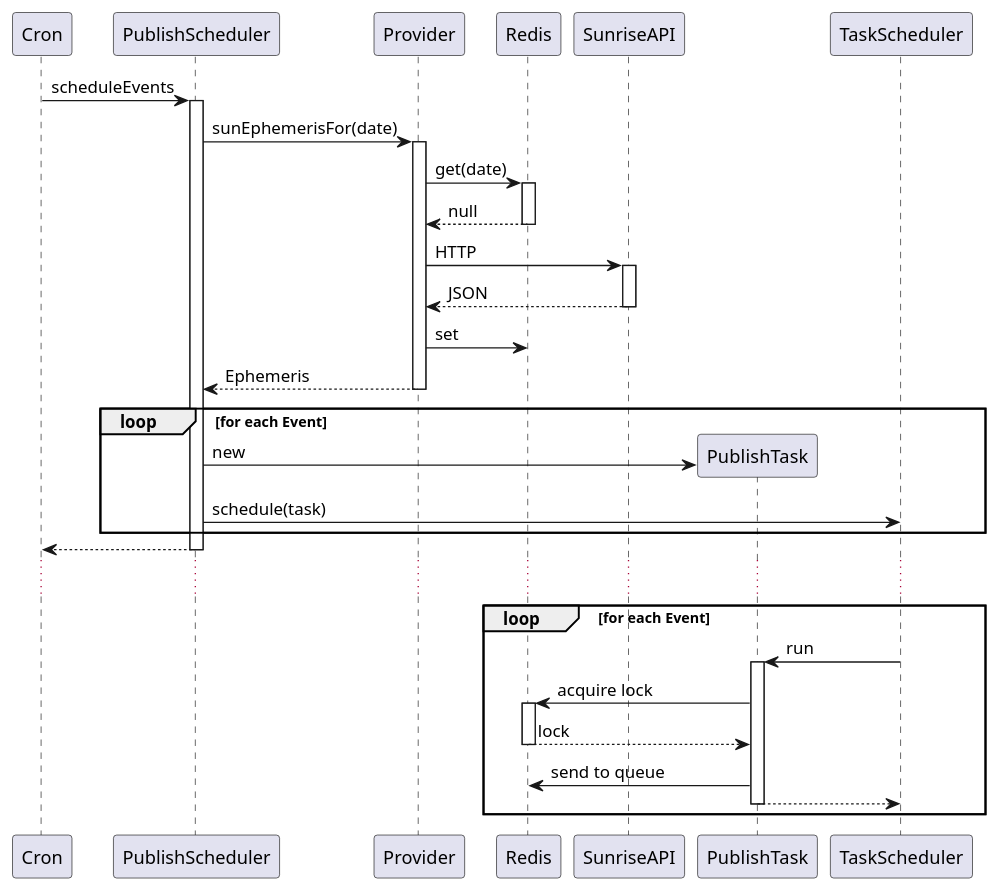
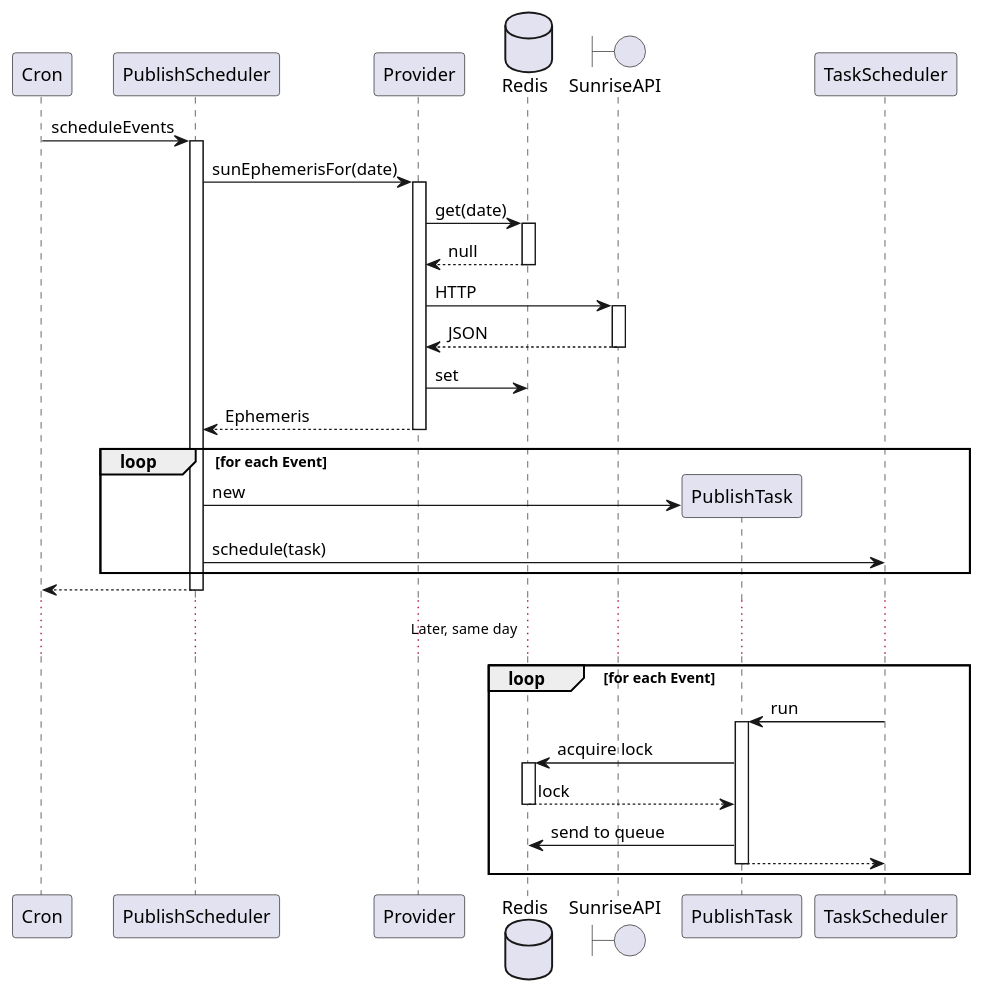
One commit to mwierzchowski/sun-ephemeris changed the diagram in etc/seq-success.puml. Above: the diagram before and after it, drawn with PlantUML. The commit also changed 1 other file, not shown here.

```diff
--- a/etc/seq-success.puml
+++ b/etc/seq-success.puml
@@ -1,42 +1,44 @@
 @startuml
 
 Cron -> PublishScheduler : scheduleEvents
 activate PublishScheduler
 PublishScheduler -> Provider : sunEphemerisFor(date)
 activate Provider
+database Redis
 Provider -> Redis : get(date)
 activate Redis
 Provider <-- Redis : null
 deactivate Redis
+boundary SunriseAPI
 Provider -> SunriseAPI : HTTP
 activate SunriseAPI
 Provider <-- SunriseAPI : JSON
 deactivate SunriseAPI
 Provider -> Redis : set
 PublishScheduler <-- Provider : Ephemeris
 deactivate Provider
 
 loop for each Event
     create PublishTask
     PublishScheduler -> PublishTask : new
     PublishScheduler -> TaskScheduler : schedule(task)
 end
 
 Cron <-- PublishScheduler
 deactivate PublishScheduler
 
-...
+... Later, same day ...
 
 loop for each Event
     TaskScheduler -> PublishTask : run
     activate PublishTask
     PublishTask -> Redis : acquire lock
     activate Redis
     PublishTask <-- Redis : lock
     deactivate Redis
     PublishTask -> Redis : send to queue
     TaskScheduler <-- PublishTask
     deactivate PublishTask
 end
 
 @enduml
```
